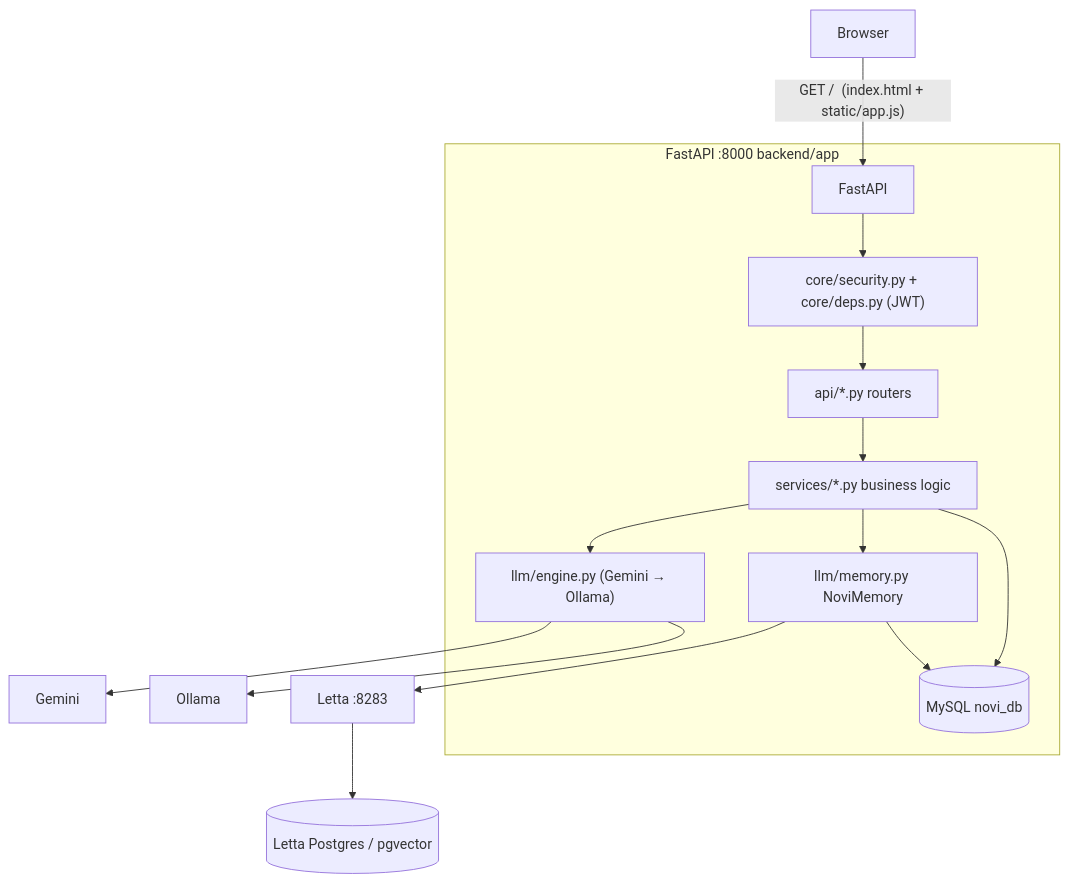
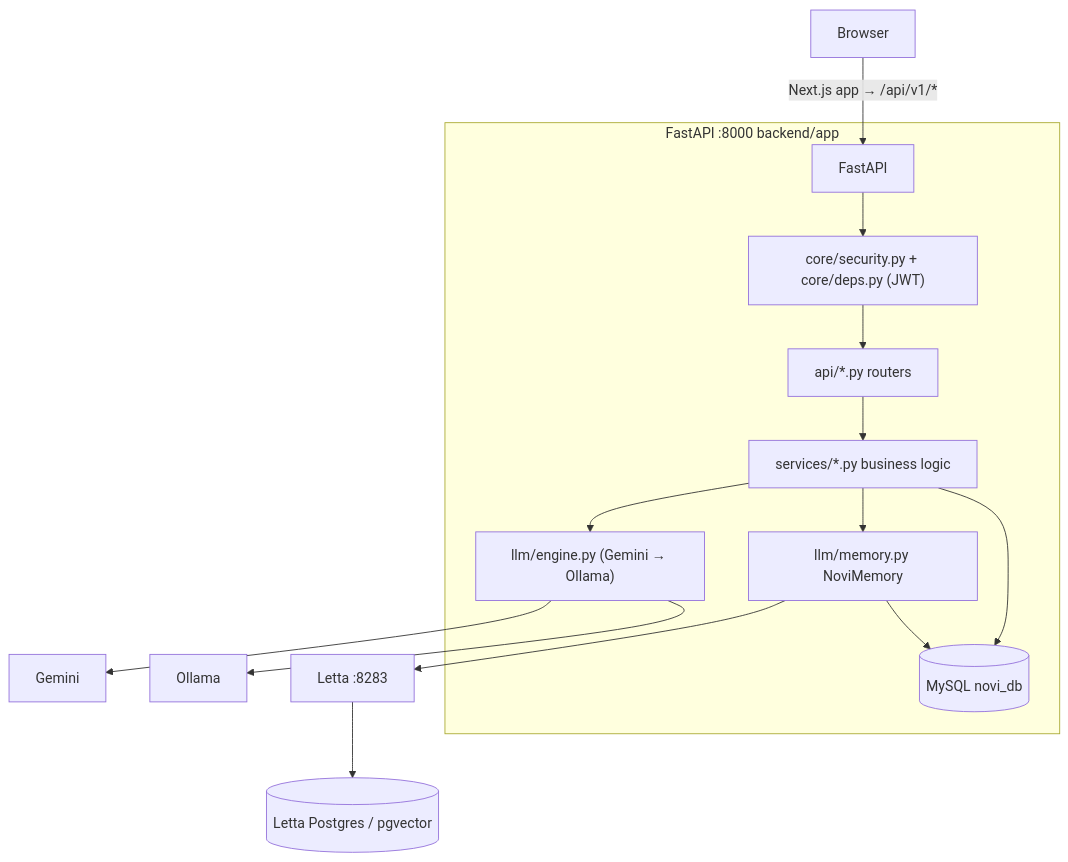
Before and after one commit to itsprateek4510/novi-ai-mentor: the first of 5 diagrams in README.md, drawn with Mermaid. The commit also changed other lines of this file and 223 other files, not shown here.

````diff
--- a/README.md
+++ b/README.md
@@ -194,17 +194,17 @@
 ```mermaid
 flowchart TB
-    Browser -->|"GET /  (index.html + static/app.js)"| FastAPI
+    Browser -->|"Next.js app → /api/v1/*"| FastAPI
     subgraph Backend[FastAPI :8000  backend/app]
         FastAPI --> Auth["core/security.py + core/deps.py (JWT)"]
         Auth --> Routes["api/*.py routers"]
         Routes --> Services["services/*.py business logic"]
         Services --> Llm["llm/engine.py (Gemini → Ollama)"]
         Services --> Mem["llm/memory.py NoviMemory"]
         Services --> DB[(MySQL novi_db)]
     end
     Llm --> Gemini
     Llm --> Ollama
     Mem --> Letta["Letta :8283"]
     Letta --> LP[(Letta Postgres / pgvector)]
     Mem --> DB
 ```
````
